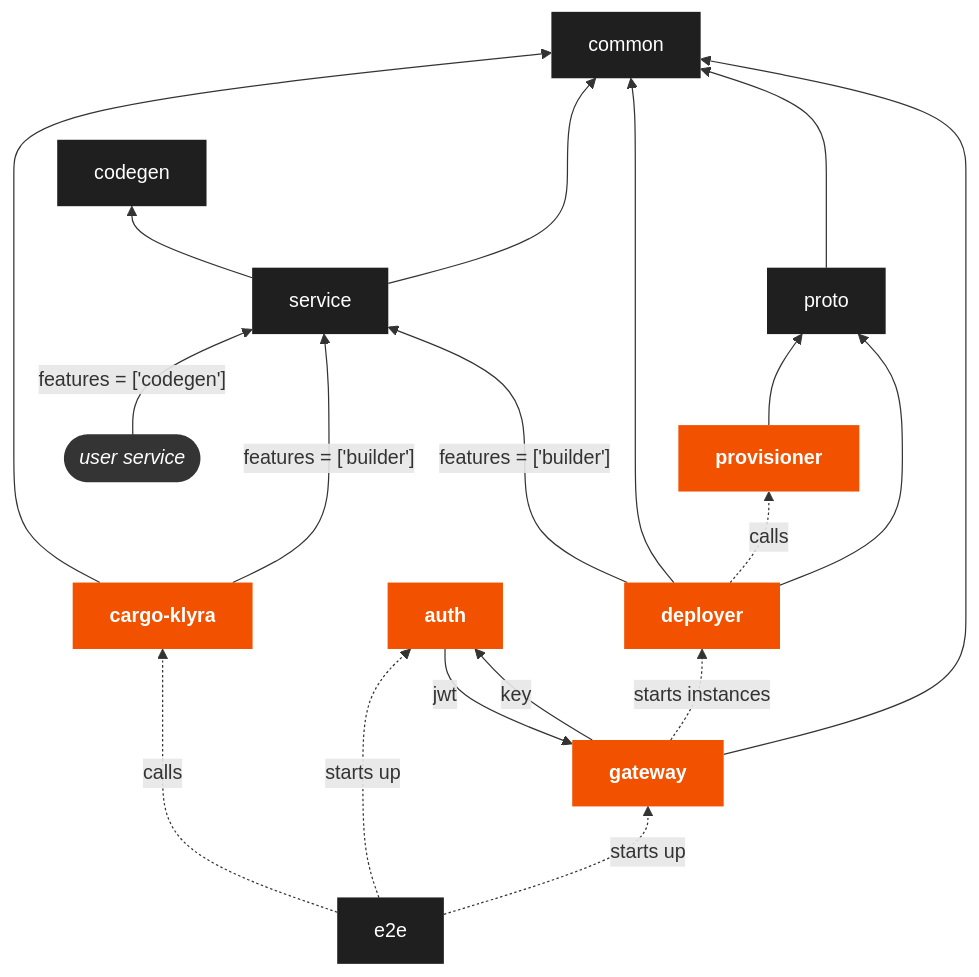
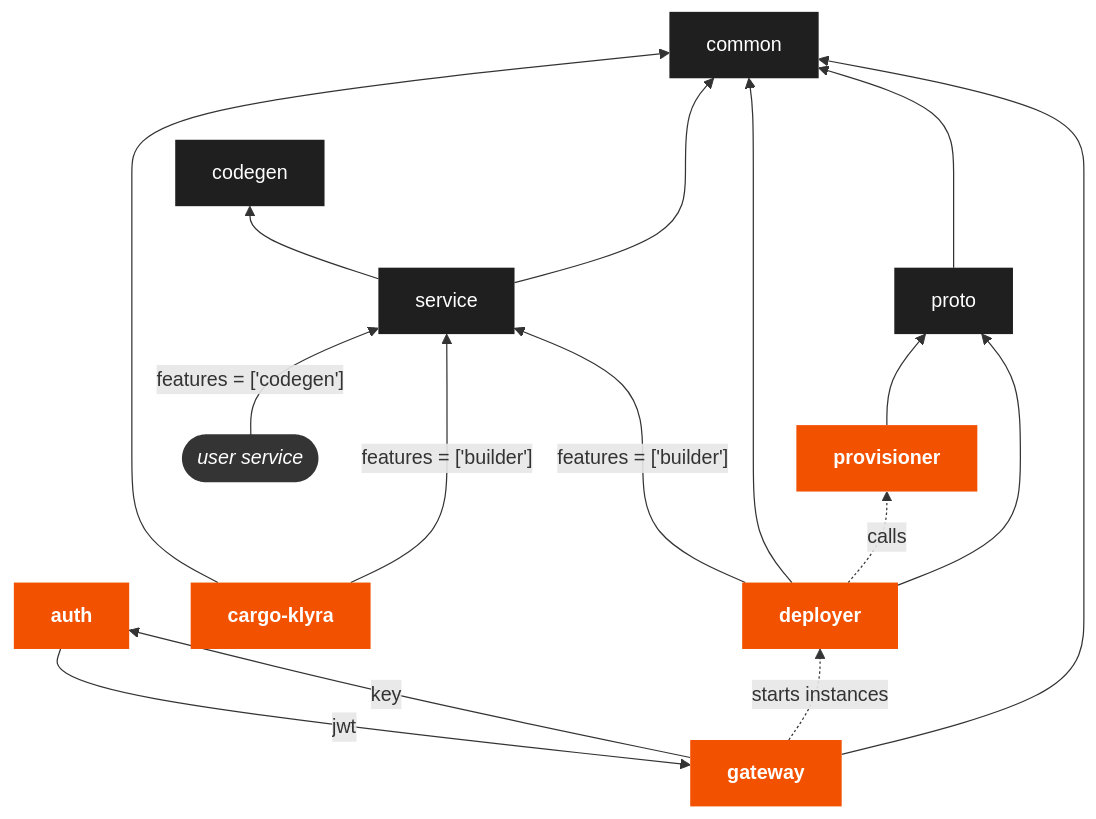
One commit to Klyra-project/Klyra changed the diagram in DEVELOPING.md. Above: the diagram before and after it, drawn with Mermaid. The commit also changed other lines of this file and 18 other files, not shown here.

````diff
--- a/DEVELOPING.md
+++ b/DEVELOPING.md
@@ -13,36 +13,32 @@
 ```mermaid
 graph BT
     classDef default fill:#1f1f1f,stroke-width:0,color:white;
     classDef binary fill:#f25100,font-weight:bolder,stroke-width:0,color:white;
     classDef external fill:#343434,font-style:italic,stroke:#f25100,color:white;
 
     deployer:::binary
     cargo-klyra:::binary
     common
     codegen
-    e2e
     proto
     provisioner:::binary
     service
     gateway:::binary
     auth:::binary
     user([user service]):::external
     gateway --> common
     gateway -.->|starts instances| deployer
     gateway -->|key| auth
     auth -->|jwt| gateway
     deployer --> proto
     deployer -.->|calls| provisioner
     service ---> common
     deployer --> common
     cargo-klyra --->|"features = ['builder']"| service
     deployer -->|"features = ['builder']"| service
     cargo-klyra --> common
     service --> codegen
     proto ---> common
     provisioner --> proto
-    e2e -.->|starts up| gateway
-    e2e -.->|starts up| auth
-    e2e -.->|calls| cargo-klyra
     user -->|"features = ['codegen']"| service
 ```
````
